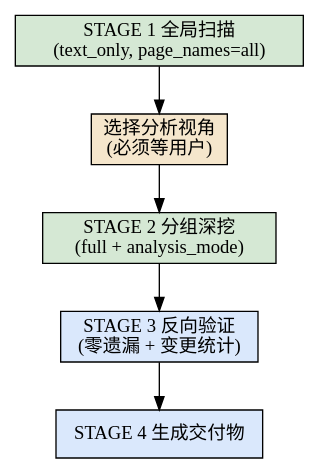
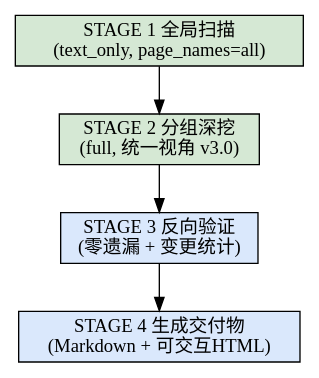
One commit to BlackFlame-plus/Flame-Skills changed the second of 2 diagrams in plugins/ui-or-prd-tool/skills/lanhu-requirements/SKILL.md. Above: the diagram before and after it, drawn with Graphviz. The commit also changed other lines of this file and 4 other files, not shown here.

````diff
--- a/plugins/ui-or-prd-tool/skills/lanhu-requirements/SKILL.md
+++ b/plugins/ui-or-prd-tool/skills/lanhu-requirements/SKILL.md
@@ -180,14 +180,13 @@
 ```dot
 digraph four_stage {
     rankdir=TB;
     node [shape=box, style=filled, fillcolor="#e8f4f8"];
 
     s1 [label="STAGE 1 全局扫描\n(text_only, page_names=all)", fillcolor="#d5e8d4"];
-    cm [label="选择分析视角\n(必须等用户)", fillcolor="#f5e6cc"];
-    s2 [label="STAGE 2 分组深挖\n(full + analysis_mode)", fillcolor="#d5e8d4"];
+    s2 [label="STAGE 2 分组深挖\n(full, 统一视角 v3.0)", fillcolor="#d5e8d4"];
     s3 [label="STAGE 3 反向验证\n(零遗漏 + 变更统计)", fillcolor="#dae8fc"];
-    s4 [label="STAGE 4 生成交付物", fillcolor="#dae8fc"];
+    s4 [label="STAGE 4 生成交付物\n(Markdown + 可交互HTML)", fillcolor="#dae8fc"];
 
-    s1 -> cm -> s2 -> s3 -> s4;
+    s1 -> s2 -> s3 -> s4;
 }
 ```
````
